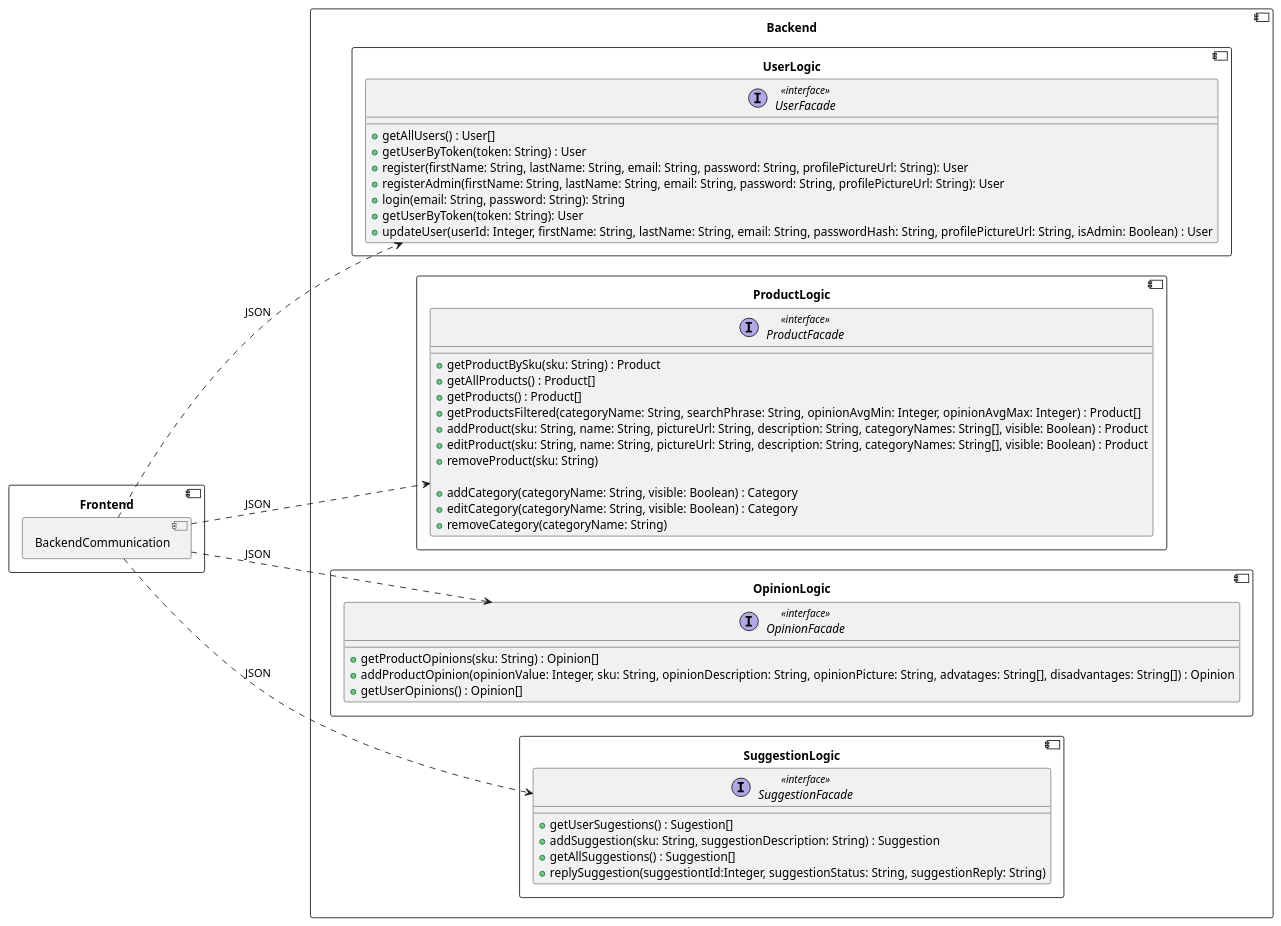
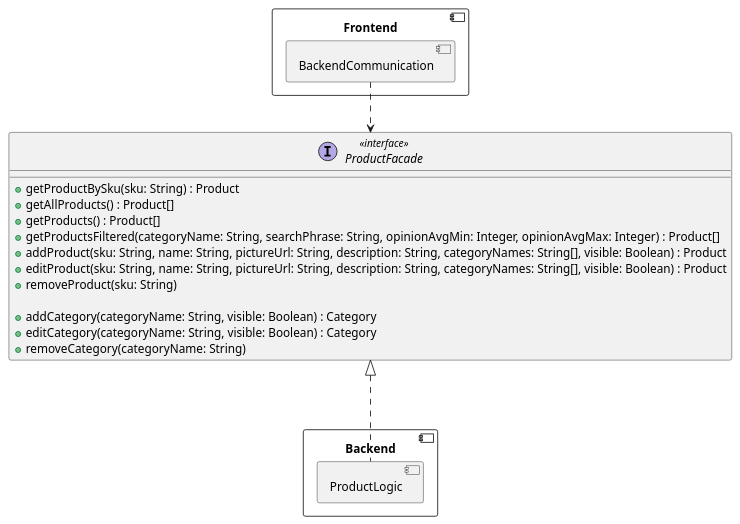
The third of 5 diagrams in frontend/BackendCommunication.md (RadekBucki/OpinionCollectorArchitecture), drawn with PlantUML before and after one commit. The commit also changed other lines of this file and 7 other files, not shown here.

````diff
--- a/frontend/BackendCommunication.md
+++ b/frontend/BackendCommunication.md
@@ -46,60 +74,31 @@
 ```plantuml
 @startuml
-left to right direction
 component Frontend {
-    
     component BackendCommunication {
     }
 }
 
 component Backend {
-    component UserLogic {
-        interface UserFacade <<interface>> {
-            + getAllUsers() : User[]
-            + getUserByToken(token: String) : User
-            + register(firstName: String, lastName: String, email: String, password: String, profilePictureUrl: String): User
-            + registerAdmin(firstName: String, lastName: String, email: String, password: String, profilePictureUrl: String): User
-            + login(email: String, password: String): String
-            + getUserByToken(token: String): User
-            + updateUser(userId: Integer, firstName: String, lastName: String, email: String, passwordHash: String, profilePictureUrl: String, isAdmin: Boolean) : User
-        }
-    }
     component ProductLogic {
-        interface ProductFacade <<interface>> {
-            + getProductBySku(sku: String) : Product
-            + getAllProducts() : Product[]
-            + getProducts() : Product[]
-            + getProductsFiltered(categoryName: String, searchPhrase: String, opinionAvgMin: Integer, opinionAvgMax: Integer) : Product[]
-            + addProduct(sku: String, name: String, pictureUrl: String, description: String, categoryNames: String[], visible: Boolean) : Product
-            + editProduct(sku: String, name: String, pictureUrl: String, description: String, categoryNames: String[], visible: Boolean) : Product
-            + removeProduct(sku: String)
-            
-            + addCategory(categoryName: String, visible: Boolean) : Category
-            + editCategory(categoryName: String, visible: Boolean) : Category
-            + removeCategory(categoryName: String)
-        }
-    }
-    component OpinionLogic {
-        interface OpinionFacade <<interface>> {
-            + getProductOpinions(sku: String) : Opinion[]
-            + addProductOpinion(opinionValue: Integer, sku: String, opinionDescription: String, opinionPicture: String, advatages: String[], disadvantages: String[]) : Opinion
-            + getUserOpinions() : Opinion[]
-        }
-    }
-    component SuggestionLogic {
-        interface SuggestionFacade <<interface>> {
-            + getUserSugestions() : Sugestion[]
-            + addSuggestion(sku: String, suggestionDescription: String) : Suggestion
-            + getAllSuggestions() : Suggestion[]
-            + replySuggestion(suggestiontId:Integer, suggestionStatus: String, suggestionReply: String)
-        }
     }
 }
 
-BackendCommunication  ...> UserFacade: JSON
-BackendCommunication  ...> ProductFacade: JSON
-BackendCommunication  ...> OpinionFacade: JSON
-BackendCommunication  ...> SuggestionFacade: JSON
+interface ProductFacade <<interface>> {
+    + getProductBySku(sku: String) : Product
+    + getAllProducts() : Product[]
+    + getProducts() : Product[]
+    + getProductsFiltered(categoryName: String, searchPhrase: String, opinionAvgMin: Integer, opinionAvgMax: Integer) : Product[]
+    + addProduct(sku: String, name: String, pictureUrl: String, description: String, categoryNames: String[], visible: Boolean) : Product
+    + editProduct(sku: String, name: String, pictureUrl: String, description: String, categoryNames: String[], visible: Boolean) : Product
+    + removeProduct(sku: String)
+    
+    + addCategory(categoryName: String, visible: Boolean) : Category
+    + editCategory(categoryName: String, visible: Boolean) : Category
+    + removeCategory(categoryName: String)
+}
+
+BackendCommunication ..>   ProductFacade
+ProductFacade        <|... ProductLogic
 
 @enduml 
 ```
````
